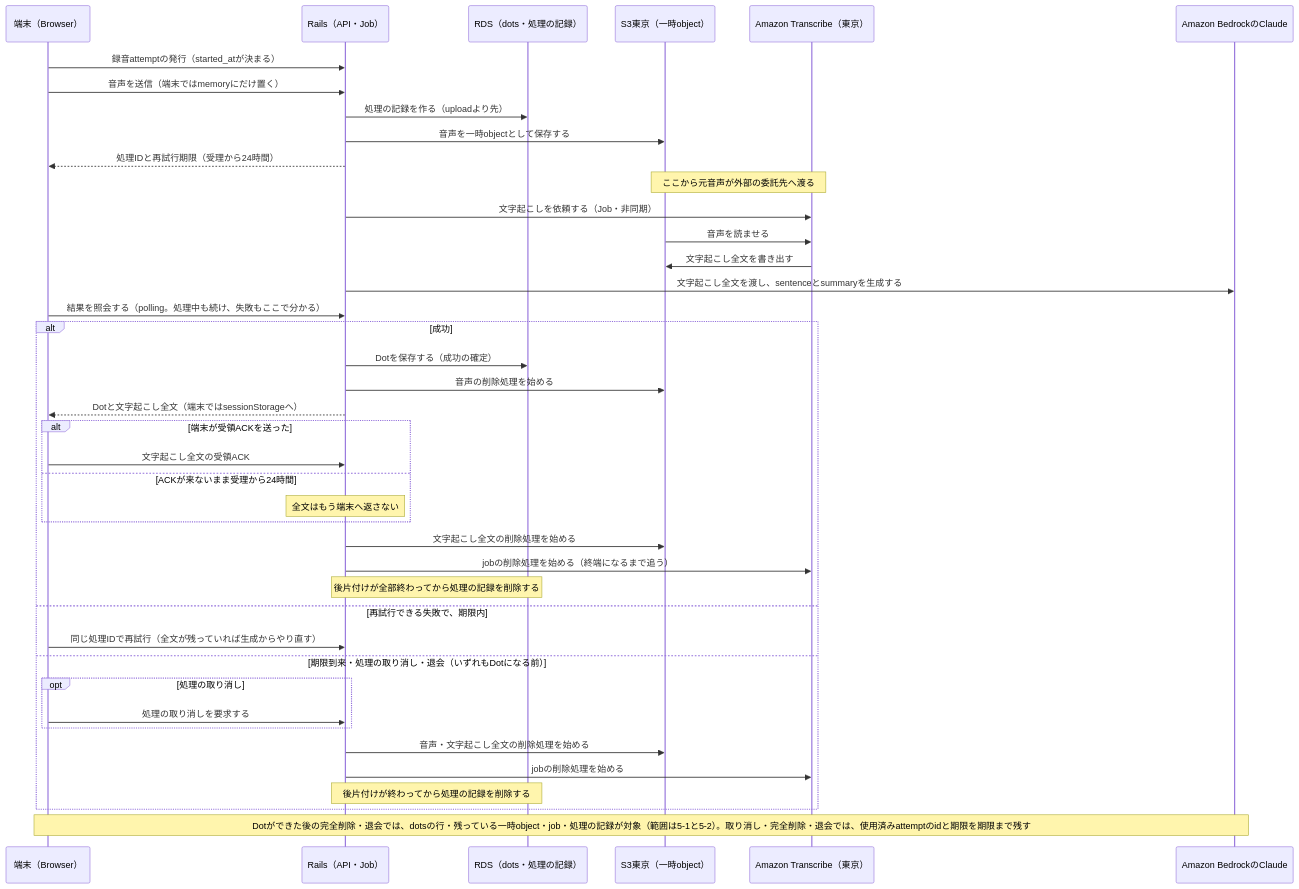
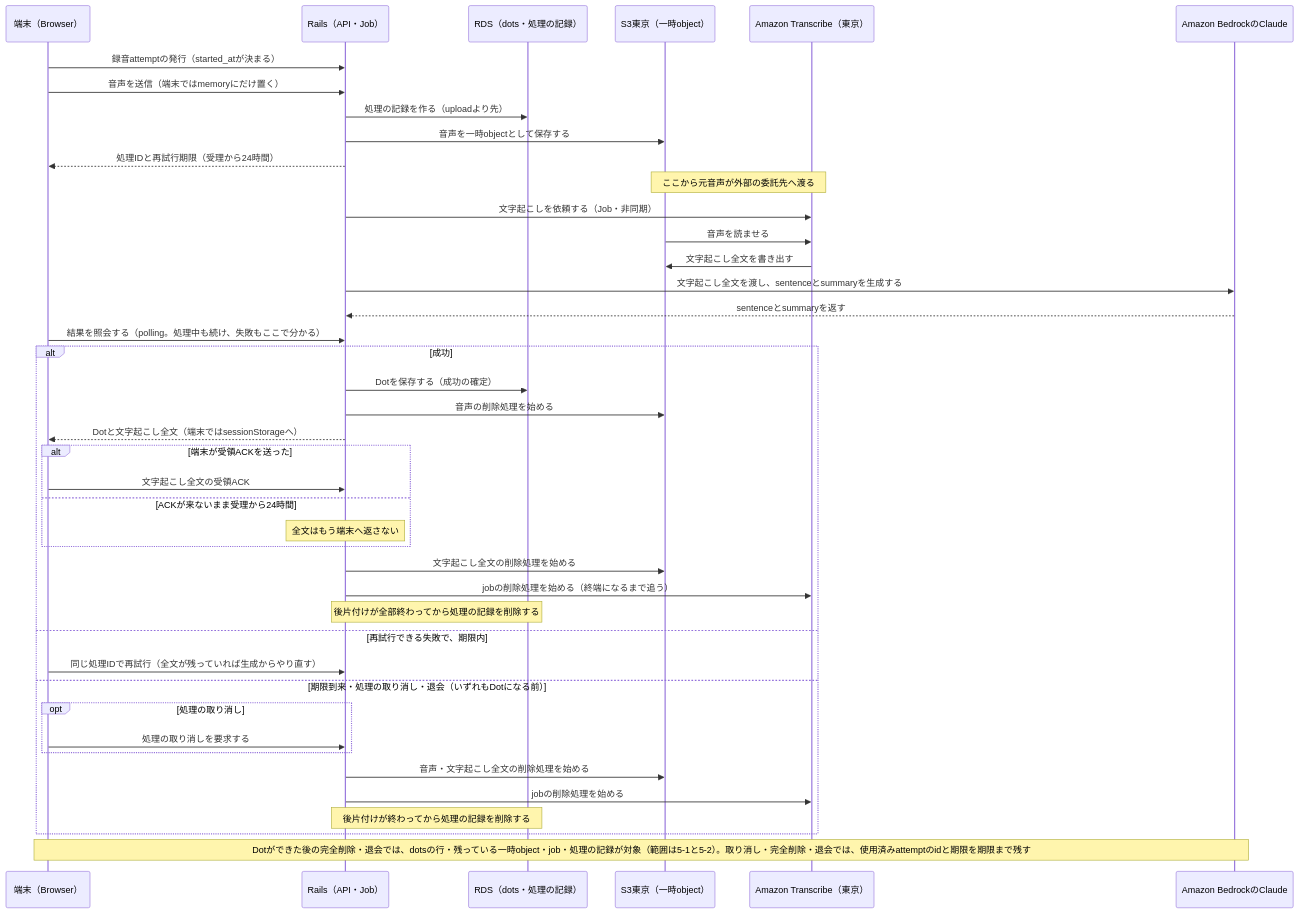
The diagram in docs/privacy.md (FujieMasaki/fod-app), drawn with Mermaid before and after one commit.

Commit message:
docs: Bedrockの生成結果がRailsへ返る矢印を図に足す
- 生成を依頼する矢印しかなく、生成結果がどこへ返るのか図から読み取れなかった（人間のレビューでの質問）
- Bedrock → Rails（Job）→ RDSへ保存 → 照会の応答で端末へ、とつながるようにした

Claude-Session: https://claude.ai/code/session_01KTEi7nzin7t41k1wbo4Bbr

````diff
--- a/docs/privacy.md
+++ b/docs/privacy.md
@@ -164,43 +164,44 @@
 ```mermaid
 sequenceDiagram
     participant B as 端末（Browser）
     participant R as Rails（API・Job）
     participant DB as RDS（dots・処理の記録）
     participant S3 as S3東京（一時object）
     participant T as Amazon Transcribe（東京）
     participant AI as Amazon BedrockのClaude
     B->>R: 録音attemptの発行（started_atが決まる）
     B->>R: 音声を送信（端末ではmemoryにだけ置く）
     R->>DB: 処理の記録を作る（uploadより先）
     R->>S3: 音声を一時objectとして保存する
     R-->>B: 処理IDと再試行期限（受理から24時間）
     Note over S3,T: ここから元音声が外部の委託先へ渡る
     R->>T: 文字起こしを依頼する（Job・非同期）
     S3->>T: 音声を読ませる
     T->>S3: 文字起こし全文を書き出す
     R->>AI: 文字起こし全文を渡し、sentenceとsummaryを生成する
+    AI-->>R: sentenceとsummaryを返す
     B->>R: 結果を照会する（polling。処理中も続け、失敗もここで分かる）
     alt 成功
         R->>DB: Dotを保存する（成功の確定）
         R->>S3: 音声の削除処理を始める
         R-->>B: Dotと文字起こし全文（端末ではsessionStorageへ）
         alt 端末が受領ACKを送った
             B->>R: 文字起こし全文の受領ACK
         else ACKが来ないまま受理から24時間
             Note over R: 全文はもう端末へ返さない
         end
         R->>S3: 文字起こし全文の削除処理を始める
         R->>T: jobの削除処理を始める（終端になるまで追う）
         Note over R,DB: 後片付けが全部終わってから処理の記録を削除する
     else 再試行できる失敗で、期限内
         B->>R: 同じ処理IDで再試行（全文が残っていれば生成からやり直す）
     else 期限到来・処理の取り消し・退会（いずれもDotになる前）
         opt 処理の取り消し
             B->>R: 処理の取り消しを要求する
         end
         R->>S3: 音声・文字起こし全文の削除処理を始める
         R->>T: jobの削除処理を始める
         Note over R,DB: 後片付けが終わってから処理の記録を削除する
     end
     Note over B,AI: Dotができた後の完全削除・退会では、dotsの行・残っている一時object・job・処理の記録が対象（範囲は5-1と5-2）。取り消し・完全削除・退会では、使用済みattemptのidと期限を期限まで残す
 ```
````
